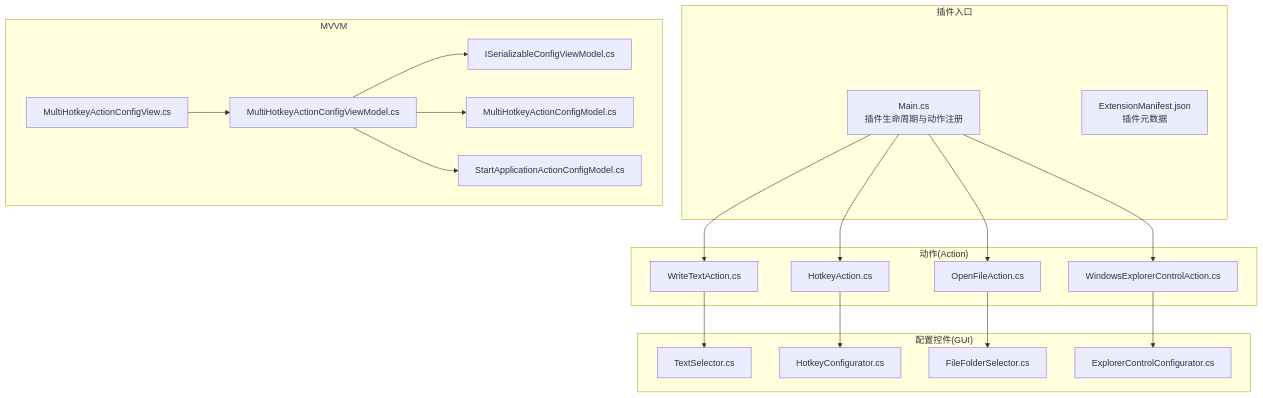
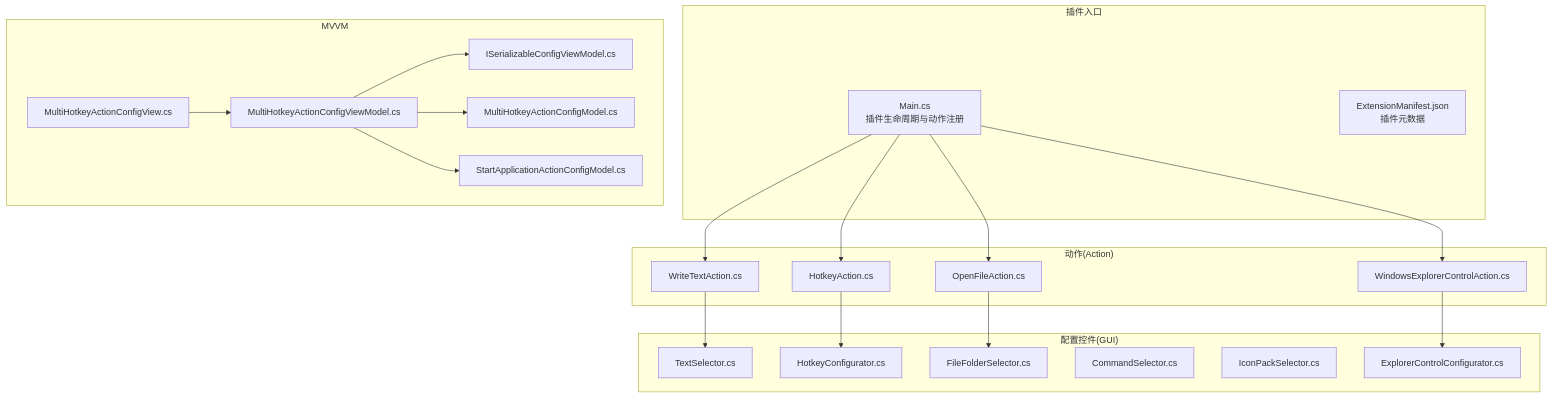
The first of 9 diagrams in .qoder/repowiki/zh/content/开发者指南/动作类开发/GUI界面集成.md (tea4go/Macro-Deck-Windows-Utils-Plugin), drawn with Mermaid before and after one commit. The commit also changed other lines of this file and 30 other files, not shown here.

````diff
--- a/.qoder/repowiki/zh/content/开发者指南/动作类开发/GUI界面集成.md
+++ b/.qoder/repowiki/zh/content/开发者指南/动作类开发/GUI界面集成.md
@@ -46,38 +67,40 @@
 ```mermaid
 graph TB
 subgraph "插件入口"
 Main["Main.cs<br/>插件生命周期与动作注册"]
 Manifest["ExtensionManifest.json<br/>插件元数据"]
 end
 subgraph "动作(Action)"
 ActWrite["WriteTextAction.cs"]
 ActHotkey["HotkeyAction.cs"]
 ActOpenFile["OpenFileAction.cs"]
 ActExplorer["WindowsExplorerControlAction.cs"]
 end
 subgraph "配置控件(GUI)"
 CtlText["TextSelector.cs"]
 CtlHotkey["HotkeyConfigurator.cs"]
 CtlFile["FileFolderSelector.cs"]
+CtlCommand["CommandSelector.cs"]
+CtlIcon["IconPackSelector.cs"]
 CtlExplorer["ExplorerControlConfigurator.cs"]
 end
 subgraph "MVVM"
 ViewMulti["MultiHotkeyActionConfigView.cs"]
 VMulti["MultiHotkeyActionConfigViewModel.cs"]
 IVM["ISerializableConfigViewModel.cs"]
 ModelMulti["MultiHotkeyActionConfigModel.cs"]
 ModelStart["StartApplicationActionConfigModel.cs"]
 end
 Main --> ActWrite
 Main --> ActHotkey
 Main --> ActOpenFile
 Main --> ActExplorer
 ActWrite --> CtlText
 ActHotkey --> CtlHotkey
 ActOpenFile --> CtlFile
 ActExplorer --> CtlExplorer
 ViewMulti --> VMulti
 VMulti --> IVM
 VMulti --> ModelMulti
 VMulti --> ModelStart
 ```
````
